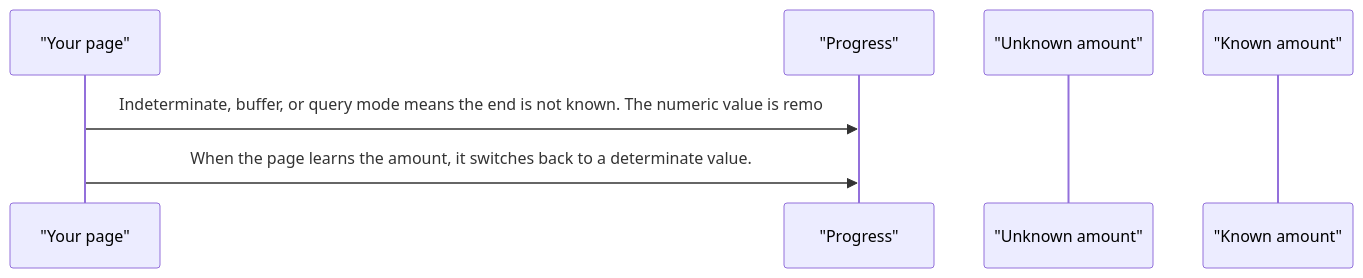
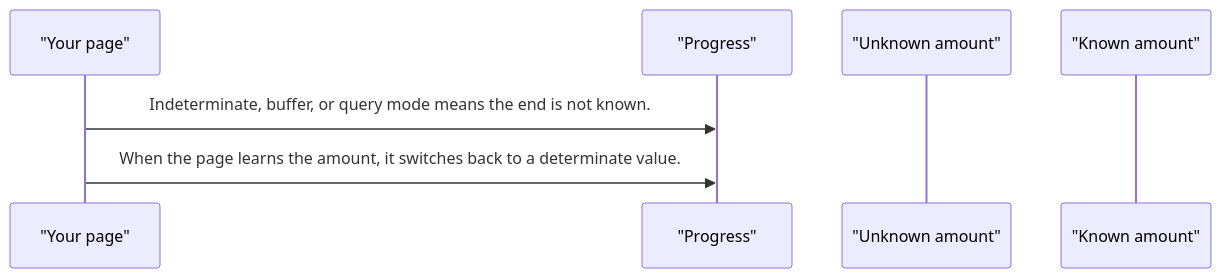
One commit to RajshekharBorate/pixel-ui changed the third of 3 diagrams in projects/pixel-ui/src/lib/pixel-progress/DESIGN.md. Above: the diagram before and after it, drawn with Mermaid. The commit also changed other lines of this file and 80 other files, not shown here.

Commit message:
Fill missing design flows and correct the stories that did not match component behavior.

````diff
--- a/projects/pixel-ui/src/lib/pixel-progress/DESIGN.md
+++ b/projects/pixel-ui/src/lib/pixel-progress/DESIGN.md
@@ -57,9 +57,9 @@
 ```mermaid
 sequenceDiagram
   participant page as "Your page"
   participant bar as "Progress"
   participant busy as "Unknown amount"
   participant value as "Known amount"
-  page->>bar: Indeterminate, buffer, or query mode means the end is not known. The numeric value is remo
+  page->>bar: Indeterminate, buffer, or query mode means the end is not known.
   page->>bar: When the page learns the amount, it switches back to a determinate value.
 ```
````
